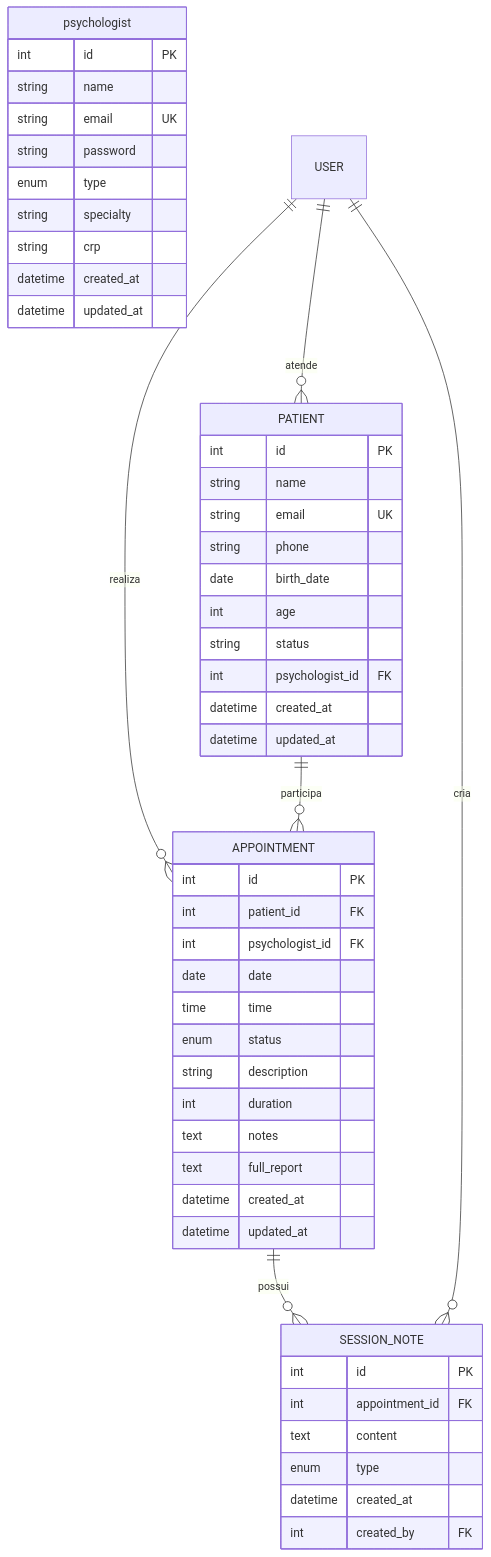
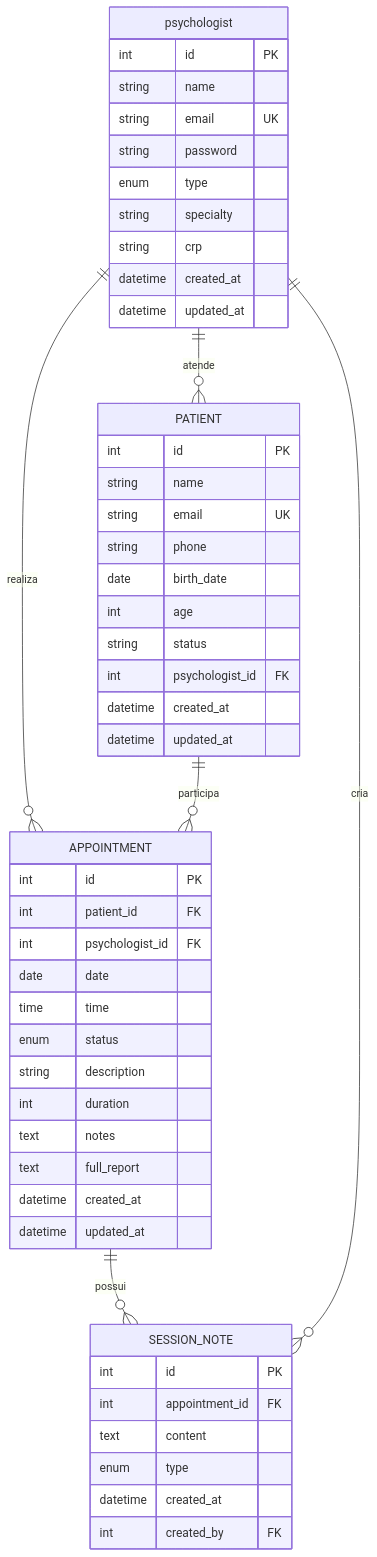
One commit to JeremiasONunes/lunysse-front changed the diagram in docs/DATABASE.md. Above: the diagram before and after it, drawn with Mermaid.

Commit message:
Update relationships in DATABASE.md for psychologist

````diff
--- a/docs/DATABASE.md
+++ b/docs/DATABASE.md
@@ -9,57 +9,57 @@
 ```mermaid
 erDiagram
     psychologist {
         int id PK
         string name
         string email UK
         string password
         enum type
         string specialty
         string crp
         datetime created_at
         datetime updated_at
     }
     
     PATIENT {
         int id PK
         string name
         string email UK
         string phone
         date birth_date
         int age
         string status
         int psychologist_id FK
         datetime created_at
         datetime updated_at
     }
     
     APPOINTMENT {
         int id PK
         int patient_id FK
         int psychologist_id FK
         date date
         time time
         enum status
         string description
         int duration
         text notes
         text full_report
         datetime created_at
         datetime updated_at
     }
     
     SESSION_NOTE {
         int id PK
         int appointment_id FK
         text content
         enum type
         datetime created_at
         int created_by FK
     }
     
-    USER ||--o{ PATIENT : "atende"
-    USER ||--o{ APPOINTMENT : "realiza"
+    psychologist ||--o{ PATIENT : "atende"
+    psychologist ||--o{ APPOINTMENT : "realiza"
     PATIENT ||--o{ APPOINTMENT : "participa"
     APPOINTMENT ||--o{ SESSION_NOTE : "possui"
-    USER ||--o{ SESSION_NOTE : "cria"
+    psychologist ||--o{ SESSION_NOTE : "cria"
 ```
````
